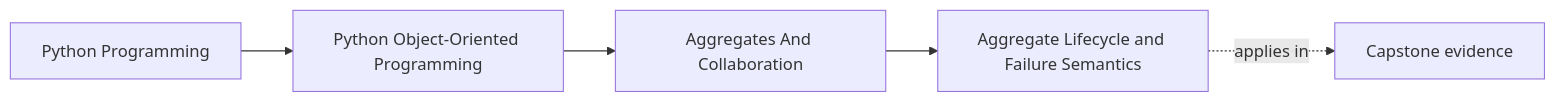
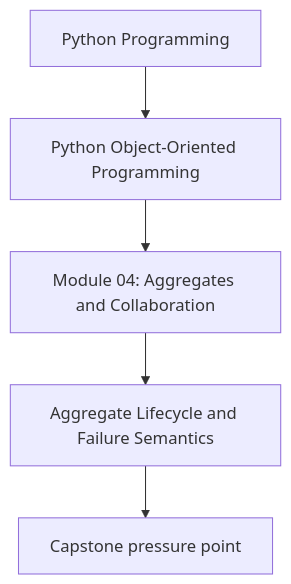
One commit to bijux/bijux-masterclass changed the first of 2 diagrams in programs/python-programming/python-object-oriented-programming/course-book/module-04-aggregates-and-collaboration/aggregate-lifecycle-and-failure-semantics.md. Above: the diagram before and after it, drawn with Mermaid. The commit also changed other lines of this file and 107 other files, not shown here.

Commit message:
docs(python-object-oriented-programming): align concept page diagrams

````diff
--- a/programs/python-programming/python-object-oriented-programming/course-book/module-04-aggregates-and-collaboration/aggregate-lifecycle-and-failure-semantics.md
+++ b/programs/python-programming/python-object-oriented-programming/course-book/module-04-aggregates-and-collaboration/aggregate-lifecycle-and-failure-semantics.md
@@ -7,11 +7,7 @@
 ```mermaid
-graph LR
-  family["Python Programming"]
-  program["Python Object-Oriented Programming"]
-  section["Aggregates And Collaboration"]
-  page["Aggregate Lifecycle and Failure Semantics"]
-  capstone["Capstone evidence"]
-
-  family --> program --> section --> page
-  page -.applies in.-> capstone
+flowchart TD
+  family["Python Programming"] --> program["Python Object-Oriented Programming"]
+  program --> module["Module 04: Aggregates and Collaboration"]
+  module --> concept["Aggregate Lifecycle and Failure Semantics"]
+  concept --> capstone["Capstone pressure point"]
 ```
````
